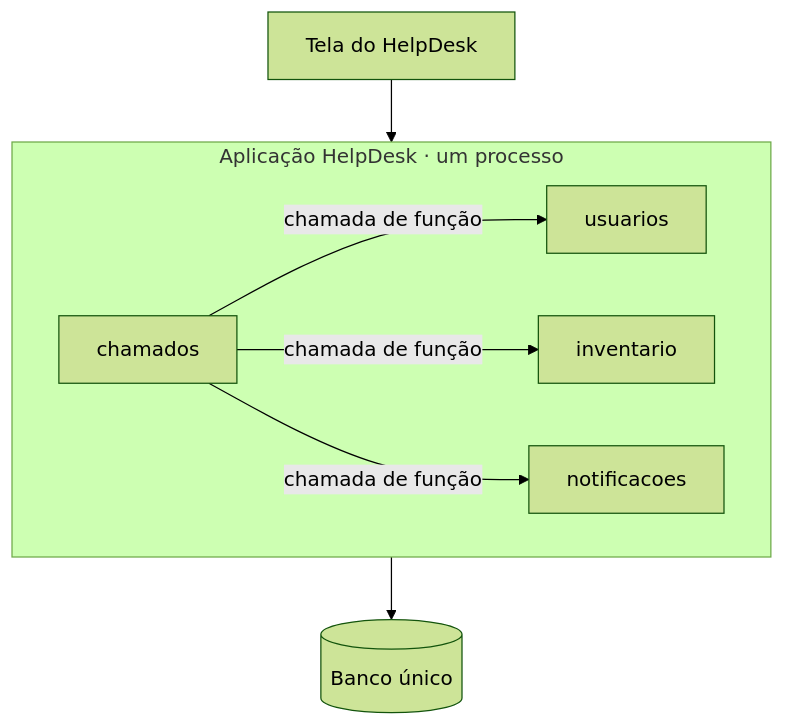
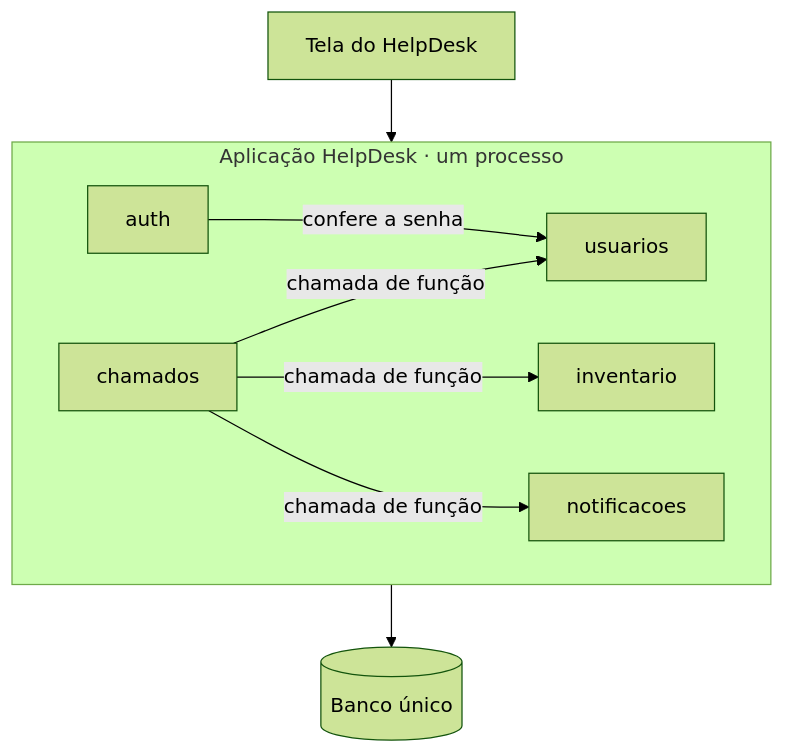
One commit to prof-filipecavalcante/helpdesk-ti-monolito changed the diagram in README.md. Above: the diagram before and after it, drawn with Mermaid (forest theme). The commit also changed other lines of this file and 46 other files, not shown here.

````diff
--- a/README.md
+++ b/README.md
@@ -56,14 +93,16 @@
 ```mermaid
 flowchart TB
     Tela[Tela do HelpDesk] --> API
     subgraph API[Aplicação HelpDesk · um processo]
+        Auth[auth]
         Usuarios[usuarios]
         Inventario[inventario]
         Chamados[chamados]
         Notificacoes[notificacoes]
+        Auth -->|confere a senha| Usuarios
         Chamados -->|chamada de função| Usuarios
         Chamados -->|chamada de função| Inventario
         Chamados -->|chamada de função| Notificacoes
     end
     API --> BD[(Banco único)]
 ```
````
